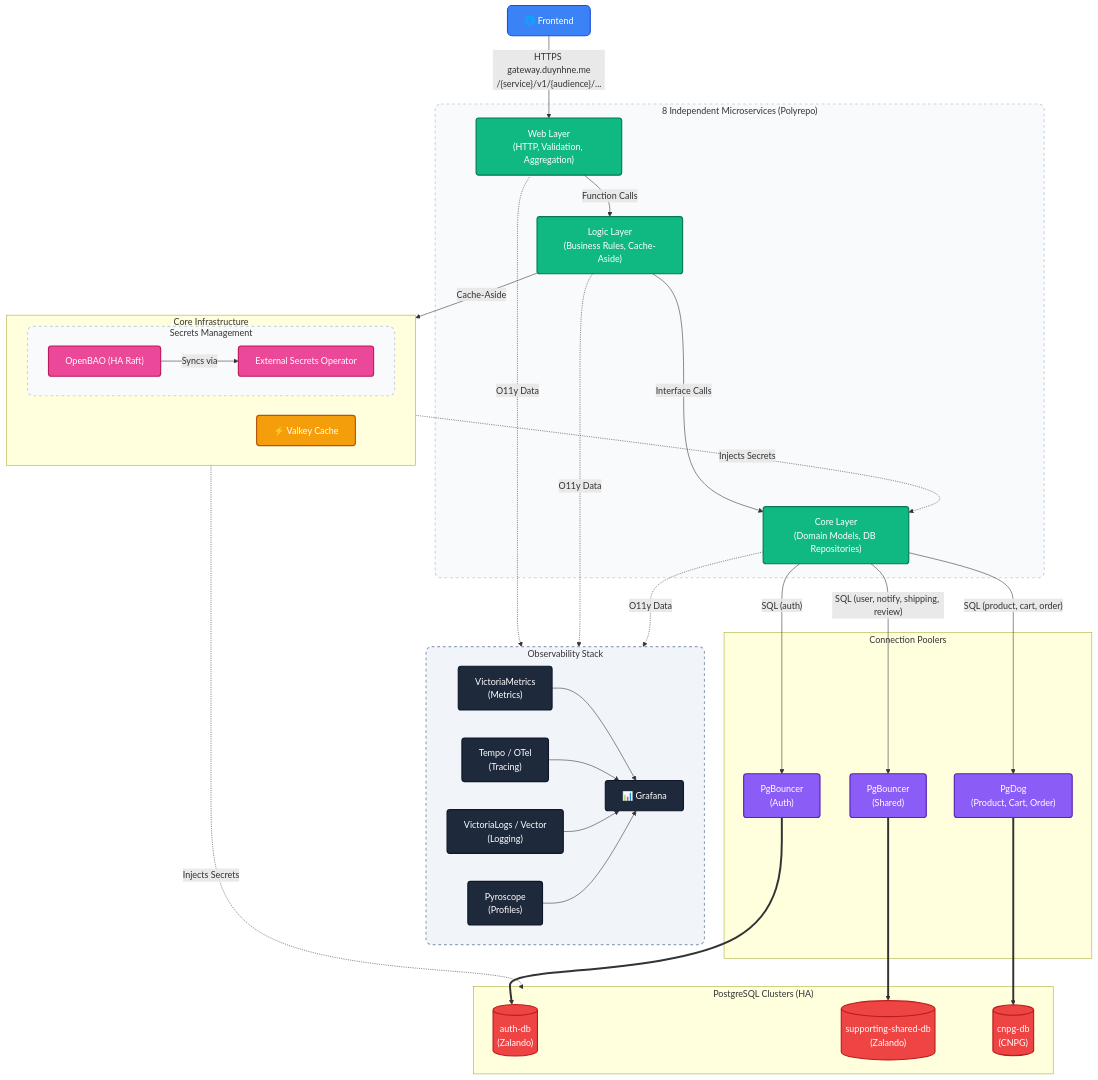
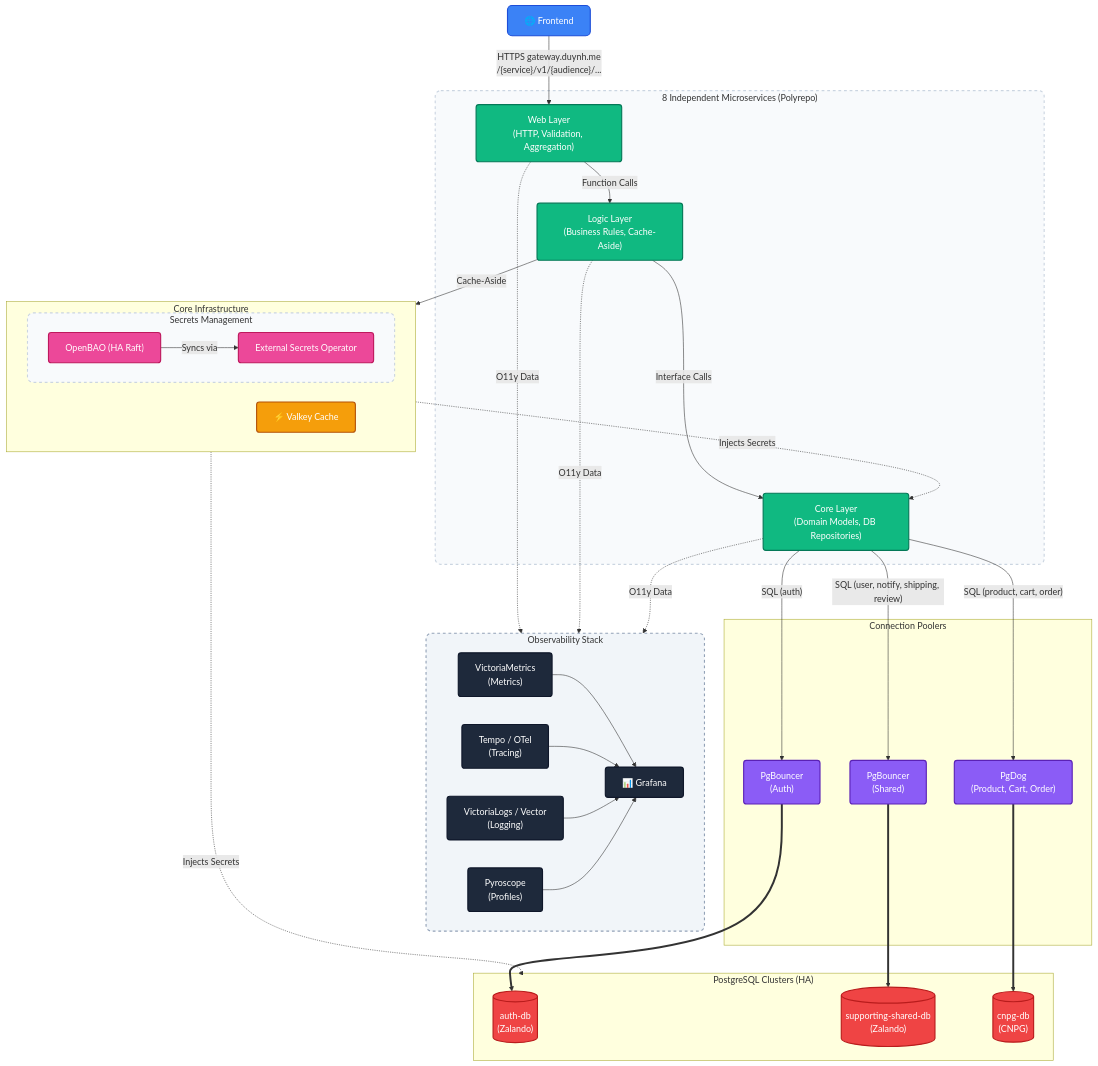
The diagram in README.md (duynhlab/homelab), drawn with Mermaid before and after one commit. The commit also changed other lines of this file and 27 other files, not shown here.

```diff
--- a/README.md
+++ b/README.md
@@ -94,7 +94,7 @@
     end
 
     %% Connections
-    FE -->|"HTTPS gateway.duynhne.me<br/>/{service}/v1/{audience}/..."| WebLayer
+    FE -->|"HTTPS gateway.duynh.me<br/>/{service}/v1/{audience}/..."| WebLayer
     
     WebLayer & LogicLayer & CoreLayer -.->|"O11y Data"| Observability
     
```
